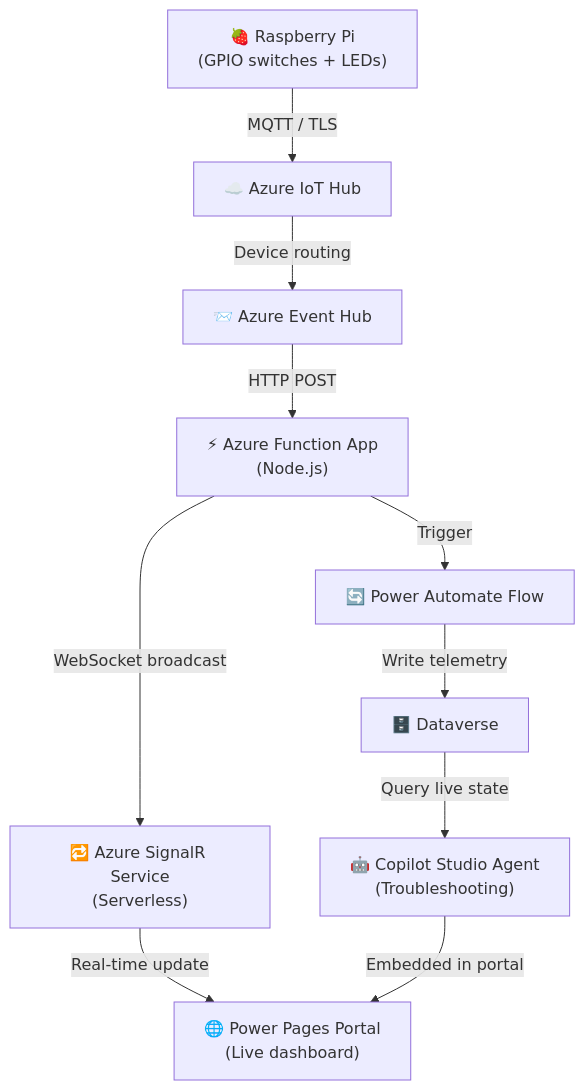
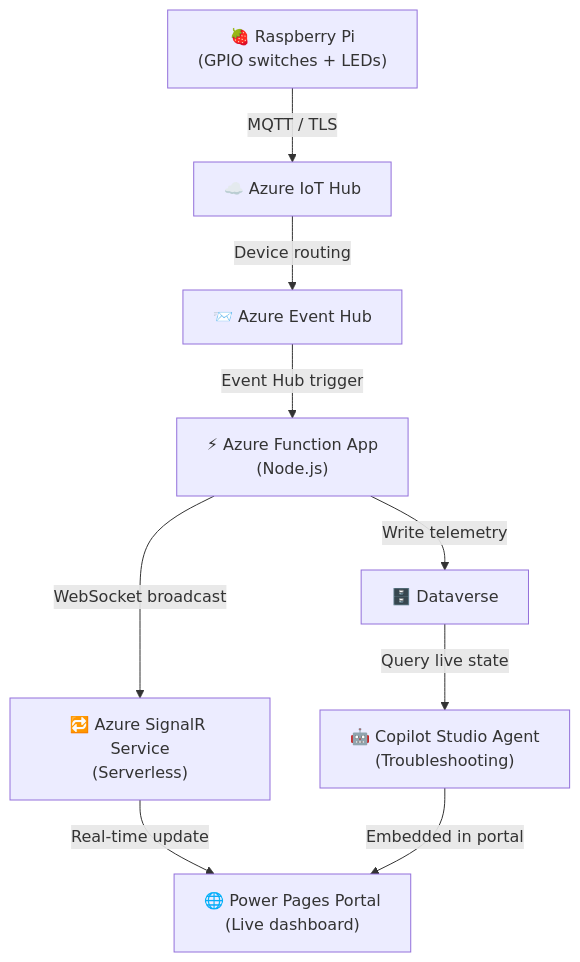
One commit to Andworx/copilot-iot-service changed the diagram in README.md. Above: the diagram before and after it, drawn with Mermaid. The commit also changed other lines of this file, not shown here.

Commit message:
docs: fix diagram - Function App writes directly to Dataverse, no Power Automate flow
Remove Power Automate node from Mermaid diagram and components table.
Function App now shown writing telemetry directly to Dataverse.
Message flow step updated accordingly.

````diff
--- a/README.md
+++ b/README.md
@@ -11,22 +11,20 @@
 ```mermaid
 flowchart TD
     Pi["🍓 Raspberry Pi\n(GPIO switches + LEDs)"]
     Hub["☁️ Azure IoT Hub"]
     EH["📨 Azure Event Hub"]
     Func["⚡ Azure Function App\n(Node.js)"]
     SR["🔁 Azure SignalR Service\n(Serverless)"]
     Browser["🌐 Power Pages Portal\n(Live dashboard)"]
-    PA["🔄 Power Automate Flow"]
     DV["🗄️ Dataverse"]
     Agent["🤖 Copilot Studio Agent\n(Troubleshooting)"]
 
     Pi -- "MQTT / TLS" --> Hub
     Hub -- "Device routing" --> EH
-    EH -- "HTTP POST" --> Func
+    EH -- "Event Hub trigger" --> Func
     Func -- "WebSocket broadcast" --> SR
     SR -- "Real-time update" --> Browser
-    Func -- "Trigger" --> PA
-    PA -- "Write telemetry" --> DV
+    Func -- "Write telemetry" --> DV
     DV -- "Query live state" --> Agent
     Agent -- "Embedded in portal" --> Browser
 ```
````
